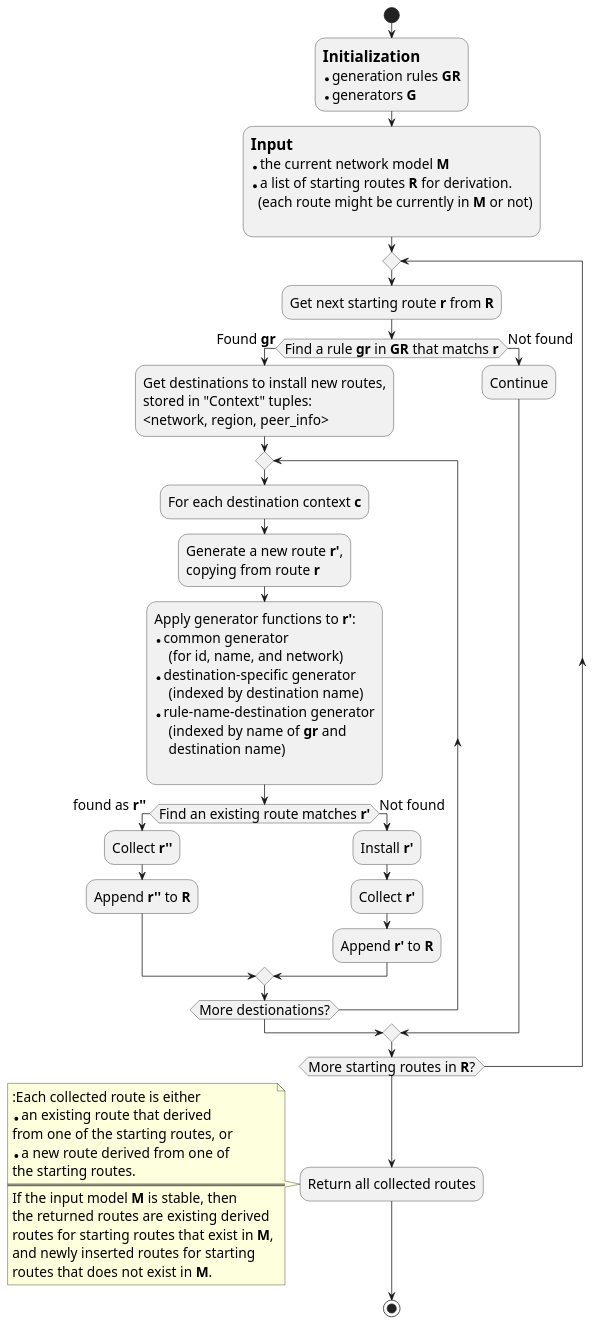
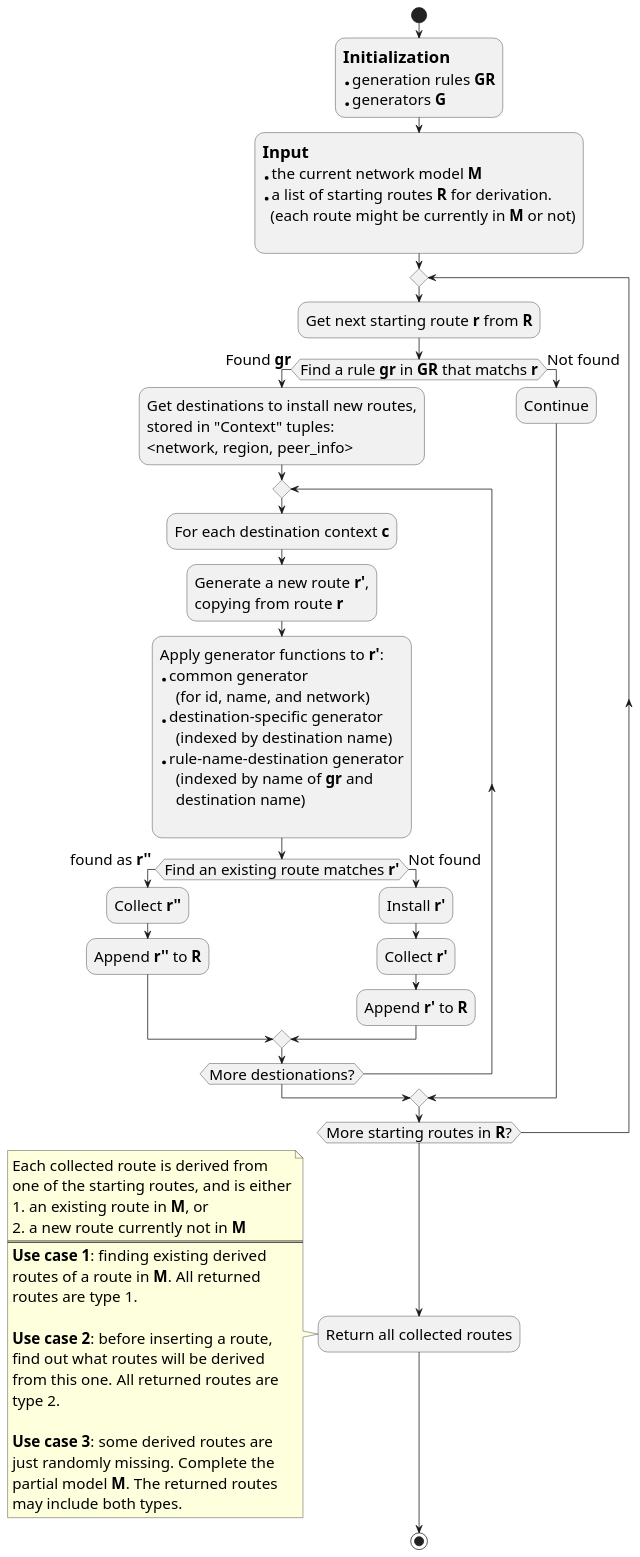
One commit to googleinterns/connectivity-test changed the diagram in docs/logic-flow.puml. Above: the diagram before and after it, drawn with PlantUML. The commit also changed 3 other files, not shown here.

Commit message:
update the flow charts

```diff
--- a/docs/logic-flow.puml
+++ b/docs/logic-flow.puml
@@ -1,73 +1,80 @@
 @startuml
 skinparam defaultFontName Linux Libertine O
-skinparam defaultFontSize 18
+skinparam defaultFontSize 20
 
 start
 
 :==Initialization
 * generation rules **GR**
 * generators **G**;
 
 :==Input
 * the current network model **M**
 * a list of starting routes **R** for derivation.
   (each route might be currently in **M** or not)
 ;
 
 repeat
 :Get next starting route **r** from **R**;
 
 if (Find a rule **gr** in **GR** that matchs **r**) then (Found **gr**)
   :Get destinations to install new routes,
   stored in "Context" tuples:
   <network, region, peer_info>;
 
   repeat
   :For each destination context **c**;
 
   :Generate a new route **r'**,
   copying from route **r**;
 
   :Apply generator functions to **r'**:
   * common generator
       (for id, name, and network)
   * destination-specific generator
       (indexed by destination name)
   * rule-name-destination generator
       (indexed by name of **gr** and
       destination name)
   ;
 
   if (Find an existing route matches **r'**) then (found as **r''** )
     :Collect **r''**;
     :Append **r''** to **R**;
   else (Not found)
     :Install **r'**;
     :Collect **r'**;
     :Append **r'** to **R**;
   endif
 
   repeat while (More destionations?)
 
 else (Not found)
   :Continue;
 endif
 repeat while (More starting routes in **R**?)
 
 :Return all collected routes;
     note
-    :Each collected route is either
-    * an existing route that derived
-    from one of the starting routes, or
-    * a new route derived from one of
-    the starting routes.
+    Each collected route is derived from
+    one of the starting routes, and is either
+    1. an existing route in **M**, or
+    2. a new route currently not in **M**
     =======
-    If the input model **M** is stable, then
-    the returned routes are existing derived
-    routes for starting routes that exist in **M**,
-    and newly inserted routes for starting
-    routes that does not exist in **M**.
+    **Use case 1**: finding existing derived
+    routes of a route in **M**. All returned
+    routes are type 1.
+
+    **Use case 2**: before inserting a route,
+    find out what routes will be derived
+    from this one. All returned routes are
+    type 2.
+
+    **Use case 3**: some derived routes are
+    just randomly missing. Complete the
+    partial model **M**. The returned routes
+    may include both types.
     end note
 
 stop
 @enduml
```
